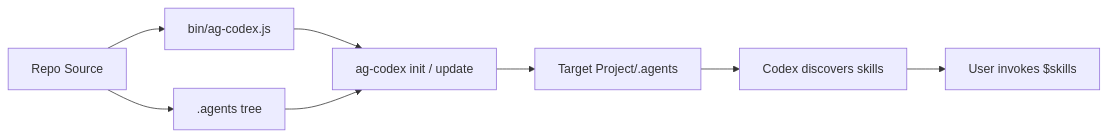
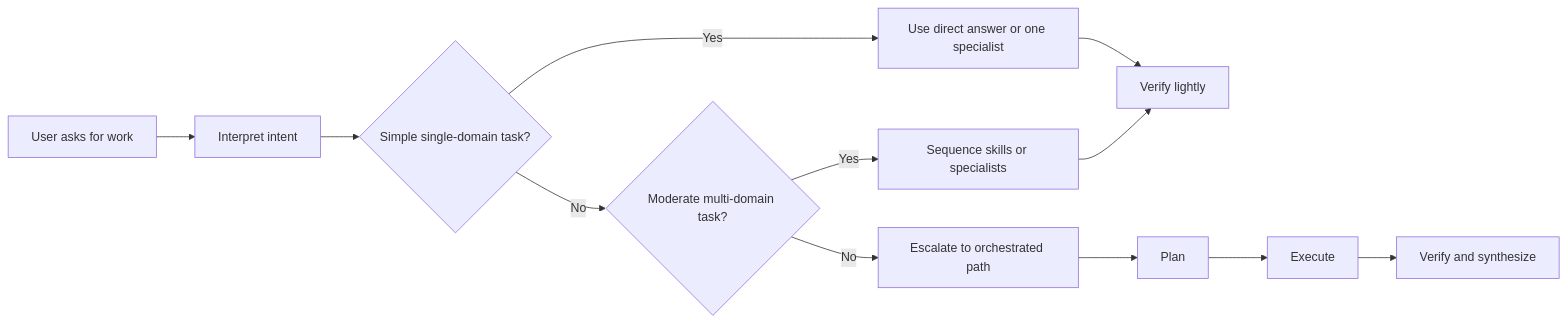
Before and after one commit to LethimCookMyBro/antigravity-codex-bridge: the third of 3 diagrams in AGENT_FLOW.md, drawn with Mermaid. The commit also changed other lines of this file and 5 other files, not shown here.

````diff
--- a/AGENT_FLOW.md
+++ b/AGENT_FLOW.md
@@ -244,10 +166,14 @@
 ```mermaid
 flowchart LR
-    A["Repo Source"] --> B["bin/ag-codex.js"]
-    A --> C[".agents tree"]
-    B --> D["ag-codex init / update"]
-    C --> D
-    D --> E["Target Project/.agents"]
-    E --> F["Codex discovers skills"]
-    F --> G["User invokes $skills"]
+    A["User asks for work"] --> B["Interpret intent"]
+    B --> C{"Simple single-domain task?"}
+    C -->|Yes| D["Use direct answer or one specialist"]
+    C -->|No| E{"Moderate multi-domain task?"}
+    E -->|Yes| F["Sequence skills or specialists"]
+    E -->|No| G["Escalate to orchestrated path"]
+    D --> H["Verify lightly"]
+    F --> H
+    G --> I["Plan"]
+    I --> J["Execute"]
+    J --> K["Verify and synthesize"]
 ```
````
